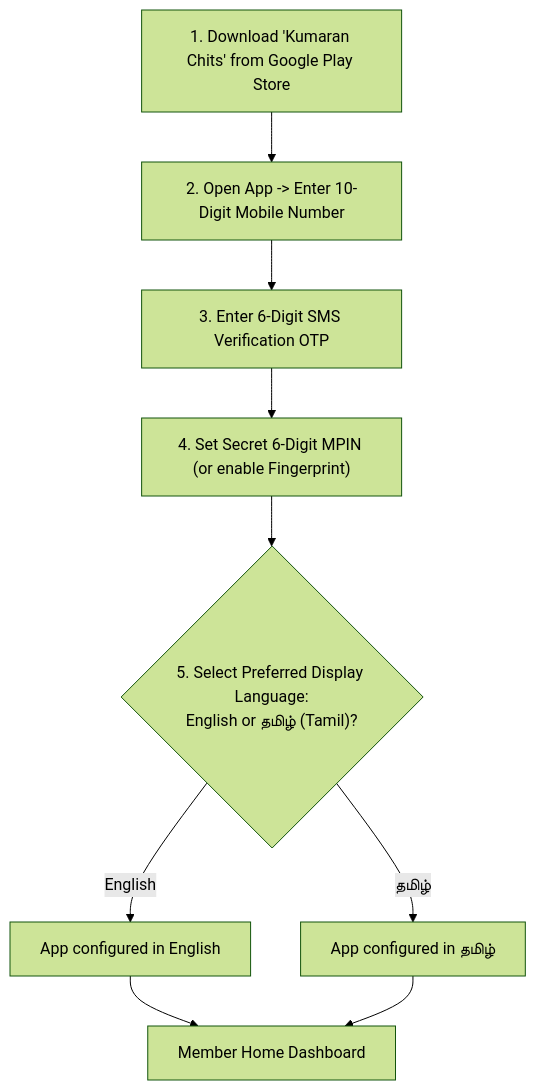
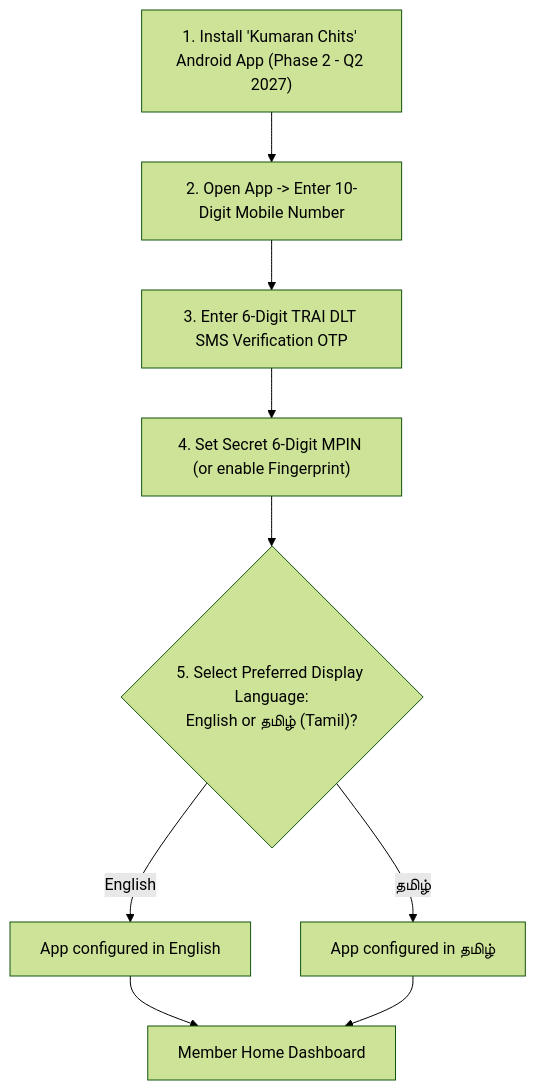
Before and after one commit to Kathir-24/Kumaran-finance: the second of 10 diagrams in docs/07-operations/user-manuals/customer-app-guide.md, drawn with Mermaid (forest theme). The commit also changed other lines of this file and 4 other files, not shown here.

````diff
--- a/docs/07-operations/user-manuals/customer-app-guide.md
+++ b/docs/07-operations/user-manuals/customer-app-guide.md
@@ -50,11 +53,11 @@
 ```mermaid
 flowchart TD
-    Download["1. Download 'Kumaran Chits' from Google Play Store"] --> Open["2. Open App -> Enter 10-Digit Mobile Number"]
-    Open --> OTP["3. Enter 6-Digit SMS Verification OTP"]
+    Download["1. Install 'Kumaran Chits' Android App (Phase 2 - Q2 2027)"] --> Open["2. Open App -> Enter 10-Digit Mobile Number"]
+    Open --> OTP["3. Enter 6-Digit TRAI DLT SMS Verification OTP"]
     OTP --> MPIN["4. Set Secret 6-Digit MPIN (or enable Fingerprint)"]
     MPIN --> LangChoice{"5. Select Preferred Display Language:\nEnglish or தமிழ் (Tamil)?"}
     LangChoice -- "English" --> EnglishHome["App configured in English"]
     LangChoice -- "தமிழ்" --> TamilHome["App configured in தமிழ்"]
     EnglishHome --> Home["Member Home Dashboard"]
     TamilHome --> Home
 ```
````
